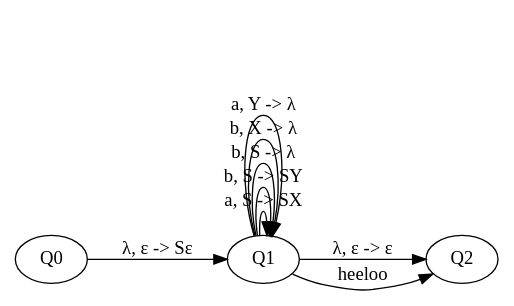
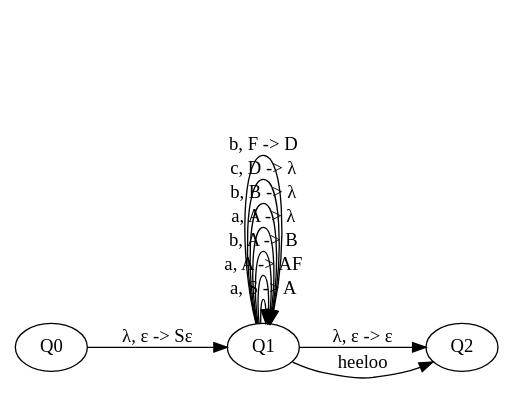
The diagram in finite_state_machine.gv (SaraHussein28/Automata-and-Computability-Project), drawn with Graphviz before and after one commit. The commit also changed 10 other files, not shown here.

```diff
--- a/finite_state_machine.gv
+++ b/finite_state_machine.gv
@@ -1,15 +1,17 @@
 // The Round Table
 digraph finite_state_machine {
 	rankdir=LR size="8,5"
 	Q0
 	Q1
 	Q2
-	Q1 -> Q1 [label="a, S -> SX"]
-	Q1 -> Q1 [label="b, S -> SY"]
-	Q1 -> Q1 [label="b, S -> λ"]
-	Q1 -> Q1 [label="b, X -> λ"]
-	Q1 -> Q1 [label="a, Y -> λ"]
+	Q1 -> Q1 [label="a, S -> A"]
+	Q1 -> Q1 [label="a, A -> AF"]
+	Q1 -> Q1 [label="b, A -> B"]
+	Q1 -> Q1 [label="a, A -> λ"]
+	Q1 -> Q1 [label="b, B -> λ"]
+	Q1 -> Q1 [label="c, D -> λ"]
+	Q1 -> Q1 [label="b, F -> D"]
 	Q0 -> Q1 [label="λ, ε -> Sε"]
 	Q1 -> Q2 [label="λ, ε -> ε"]
 	Q1 -> Q2 [label=heeloo]
 }
```
